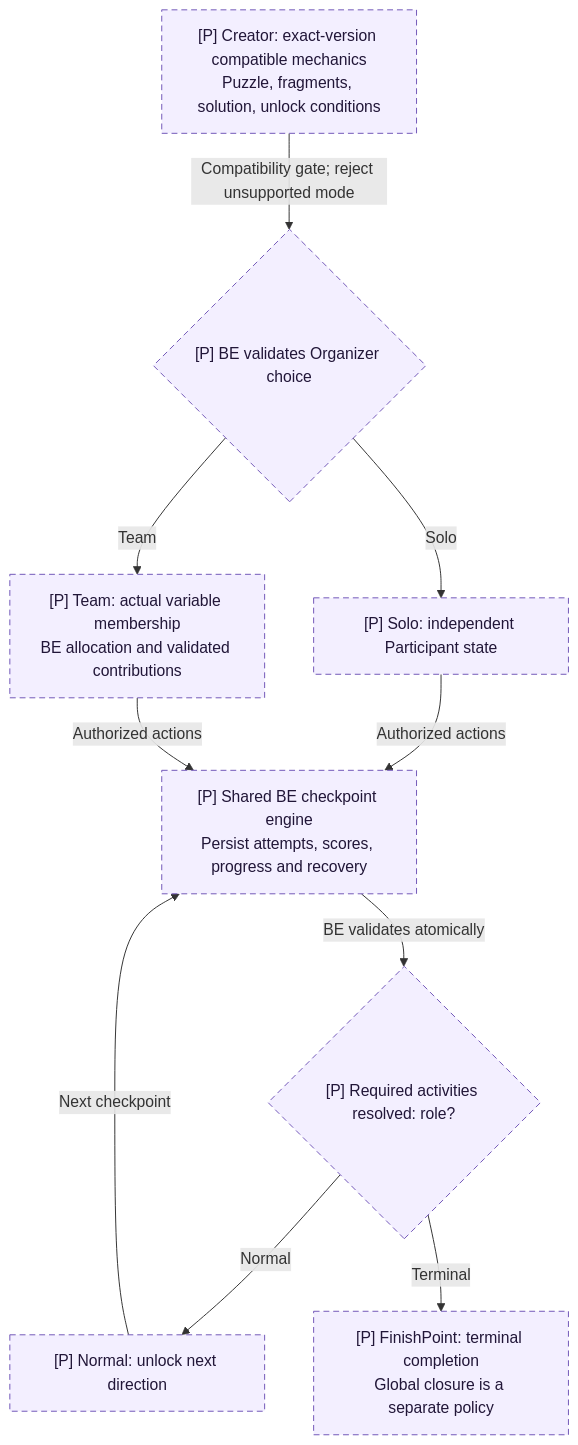
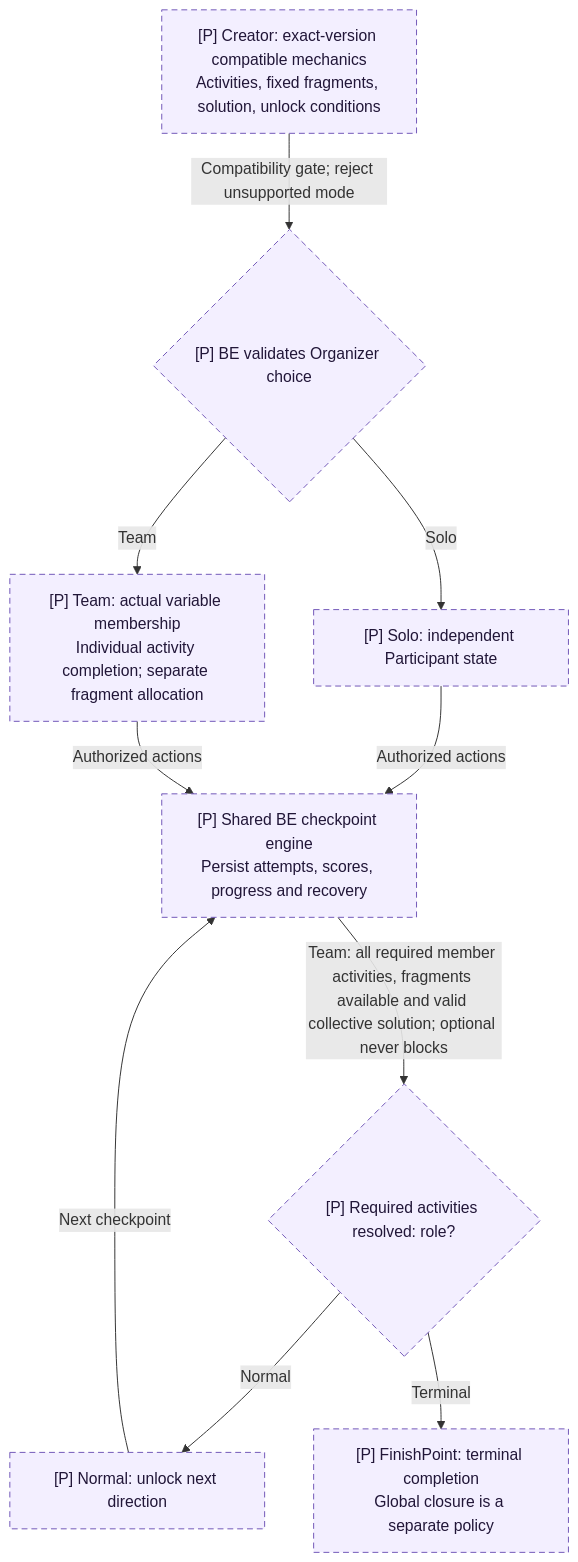
Before and after one commit to tedixdev-arch/Tedix_Hunt_FE: the second of 19 diagrams in docs/TedixHunt_Prototype_Architecture_Implementation_Plan.md, drawn with Mermaid. The commit also changed other lines of this file and 1 other file, not shown here.

Commit message:
docs: separate Team activity completion from fragment allocation

````diff
--- a/docs/TedixHunt_Prototype_Architecture_Implementation_Plan.md
+++ b/docs/TedixHunt_Prototype_Architecture_Implementation_Plan.md
@@ -185,22 +191,22 @@
 ```mermaid
 flowchart TB
-  template["[P] Creator: exact-version compatible mechanics<br/>Puzzle, fragments, solution, unlock conditions"]
+  template["[P] Creator: exact-version compatible mechanics<br/>Activities, fixed fragments, solution, unlock conditions"]
   mode{"[P] BE validates Organizer choice"}
   solo["[P] Solo: independent Participant state"]
-  team["[P] Team: actual variable membership<br/>BE allocation and validated contributions"]
+  team["[P] Team: actual variable membership<br/>Individual activity completion; separate fragment allocation"]
   engine["[P] Shared BE checkpoint engine<br/>Persist attempts, scores, progress and recovery"]
   role{"[P] Required activities resolved: role?"}
   next["[P] Normal: unlock next direction"]
   finish["[P] FinishPoint: terminal completion<br/>Global closure is a separate policy"]
   template -->|"Compatibility gate; reject unsupported mode"| mode
   mode -->|"Solo"| solo
   mode -->|"Team"| team
   solo -->|"Authorized actions"| engine
   team -->|"Authorized actions"| engine
-  engine -->|"BE validates atomically"| role
+  engine -->|"Team: all required member activities, fragments available and valid collective solution; optional never blocks"| role
   role -->|"Normal"| next
   next -->|"Next checkpoint"| engine
   role -->|"Terminal"| finish
   classDef planned fill:#F3EFFF,stroke:#7157B8,stroke-dasharray:6 4,color:#211638;
   class template,mode,solo,team,engine,role,next,finish planned;
 ```
````
